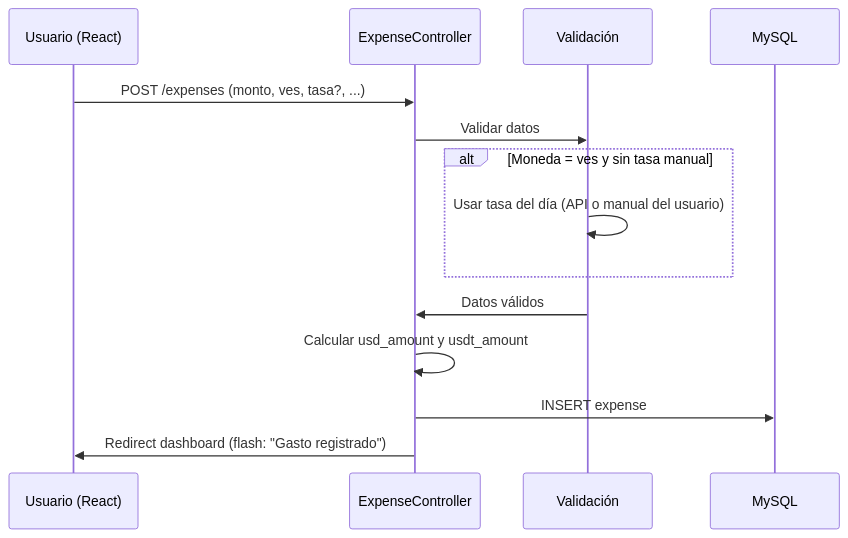
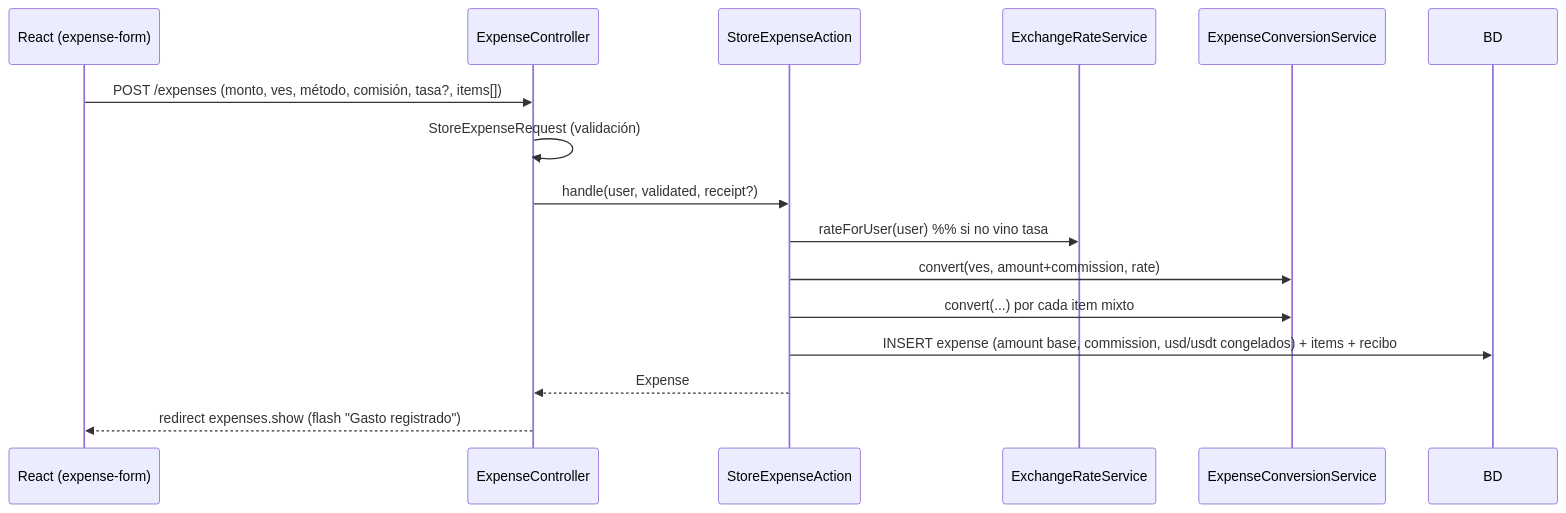
The first of 2 diagrams in docs/04-arquitectura.md (SuricatoAviones/spentz-trackr), drawn with Mermaid before and after one commit. The commit also changed other lines of this file and 12 other files, not shown here.

````diff
--- a/docs/04-arquitectura.md
+++ b/docs/04-arquitectura.md
@@ -47,17 +71,19 @@
 ```mermaid
 sequenceDiagram
-    participant U as Usuario (React)
+    participant U as React (expense-form)
     participant C as ExpenseController
-    participant V as Validación
-    participant DB as MySQL
+    participant A as StoreExpenseAction
+    participant R as ExchangeRateService
+    participant S as ExpenseConversionService
+    participant DB as BD
 
-    U->>C: POST /expenses (monto, ves, tasa?, ...)
-    C->>V: Validar datos
-    alt Moneda = ves y sin tasa manual
-        V->>V: Usar tasa del día (API o manual del usuario)
-    end
-    V->>C: Datos válidos
-    C->>C: Calcular usd_amount y usdt_amount
-    C->>DB: INSERT expense
-    C->>U: Redirect dashboard (flash: "Gasto registrado")
+    U->>C: POST /expenses (monto, ves, método, comisión, tasa?, items[])
+    C->>C: StoreExpenseRequest (validación)
+    C->>A: handle(user, validated, receipt?)
+    A->>R: rateForUser(user)  %% si no vino tasa
+    A->>S: convert(ves, amount+commission, rate)
+    A->>S: convert(...) por cada item mixto
+    A->>DB: INSERT expense (amount base, commission, usd/usdt congelados) + items + recibo
+    A-->>C: Expense
+    C-->>U: redirect expenses.show (flash "Gasto registrado")
 ```
````
